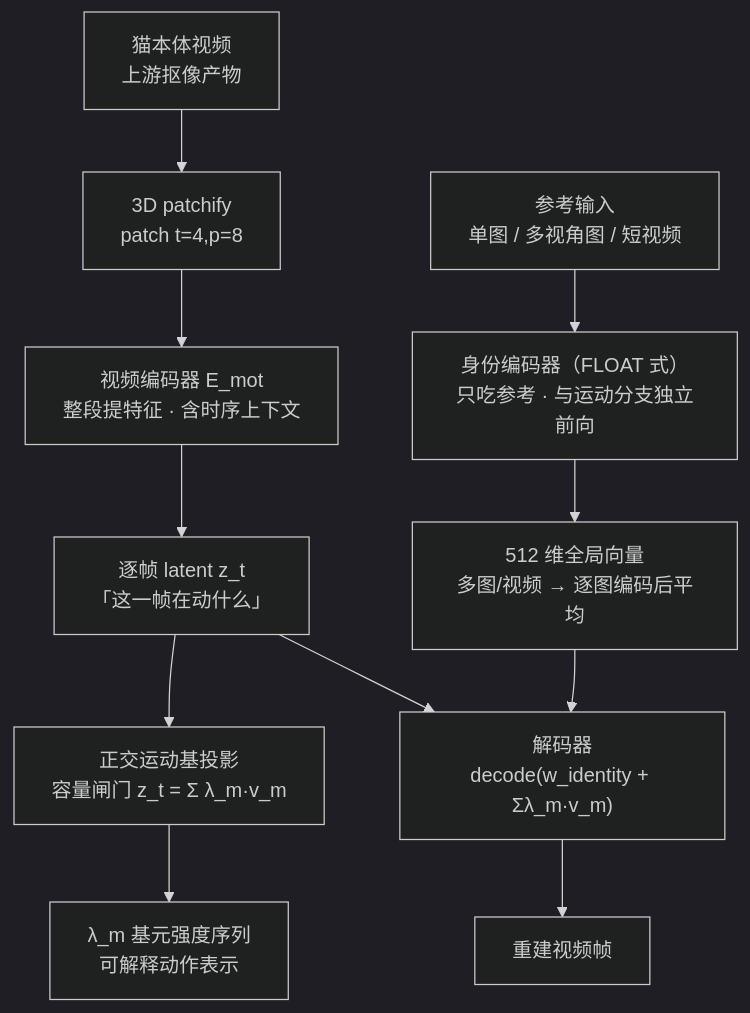
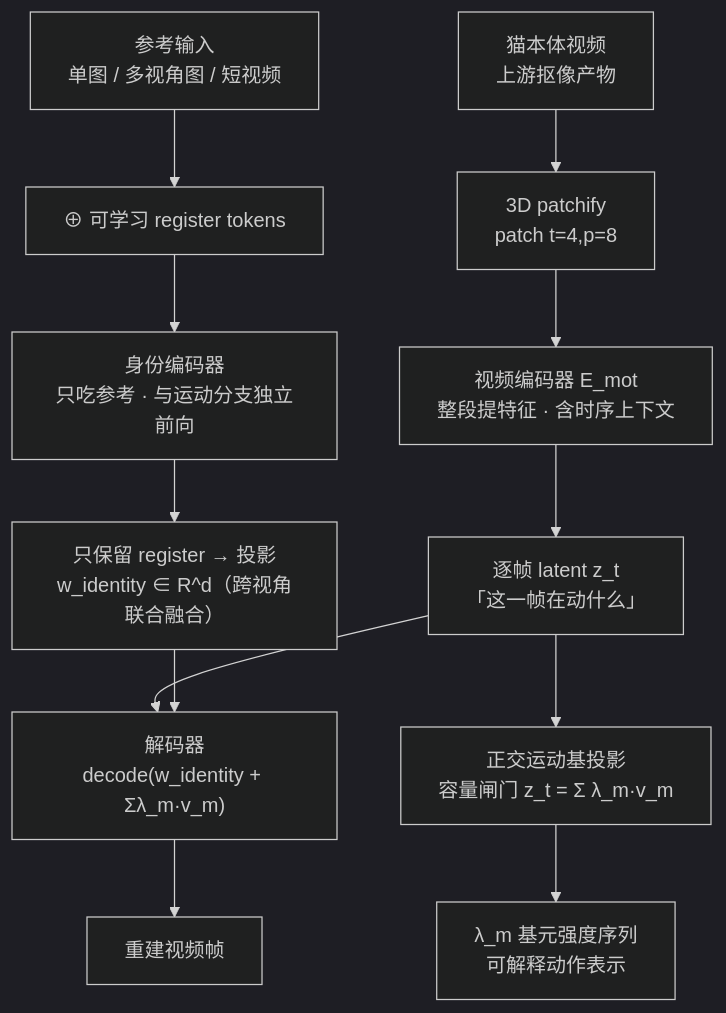
Before and after one commit to gongshangzheng/pet-action-recognition: the first of 2 diagrams in management/docs/identity-tokenizer.md, drawn with Mermaid (dark theme). The commit also changed other lines of this file and 5 other files, not shown here.

First line of the commit message:
design: 身份读出回退为 register tokens 联合融合（撤销上轮的平均方案）

````diff
--- a/management/docs/identity-tokenizer.md
+++ b/management/docs/identity-tokenizer.md
@@ -60,17 +60,18 @@
 ```mermaid
 flowchart TD
-    R["参考输入<br/>单图 / 多视角图 / 短视频"] --> E0["身份编码器（FLOAT 式）<br/>只吃参考 · 与运动分支独立前向"]
-    E0 --> L["512 维全局向量<br/>多图/视频 → 逐图编码后平均"]
+    R["参考输入<br/>单图 / 多视角图 / 短视频"] --> RT["⊕ 可学习 register tokens"]
+    RT --> E0["身份编码器<br/>只吃参考 · 与运动分支独立前向"]
+    E0 --> L["只保留 register → 投影<br/>w_identity ∈ R^d（跨视角联合融合）"]
 
     A[猫本体视频<br/>上游抠像产物] --> B["3D patchify<br/>patch t=4,p=8"]
     B --> C["视频编码器 E_mot<br/>整段提特征 · 含时序上下文"]
 
     C --> F[逐帧 latent z_t<br/>「这一帧在动什么」]
 
     F --> H["正交运动基投影<br/>容量闸门 z_t = Σ λ_m·v_m"]
     H --> I["λ_m 基元强度序列<br/>可解释动作表示"]
 
     F --> J["解码器<br/>decode(w_identity + Σλ_m·v_m)"]
     L --> J
     J --> K[重建视频帧]
 ```
````
